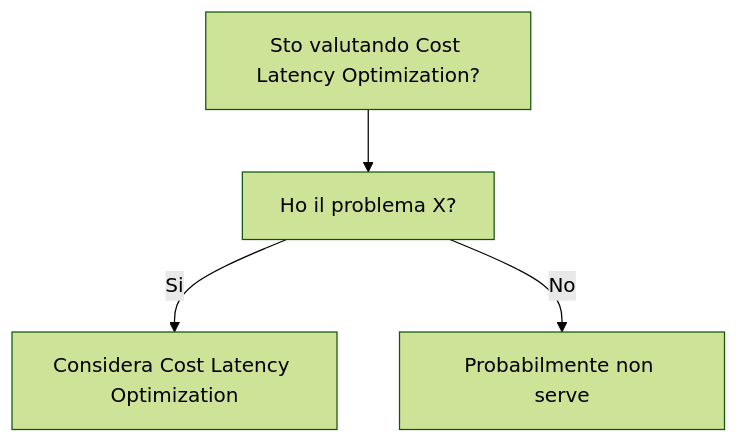
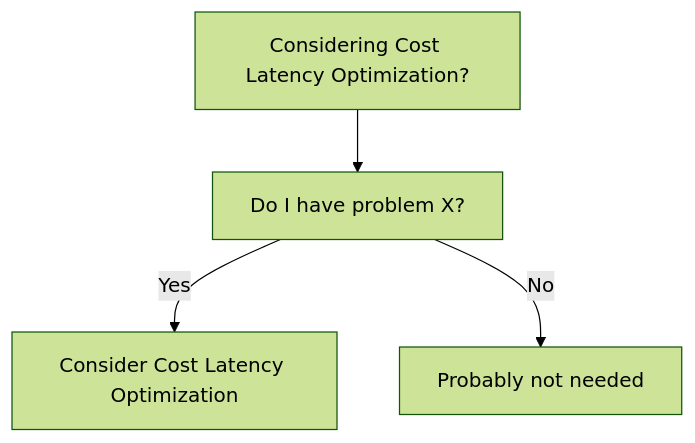
One commit to HxT9/Software-Dev-Wiki changed the diagram in dev-wiki/22_AI_ML_Integration/Cost_Latency_Optimization/When_To_Use.md. Above: the diagram before and after it, drawn with Mermaid (forest theme). The commit also changed other lines of this file and 3444 other files, not shown here.

````diff
--- a/dev-wiki/22_AI_ML_Integration/Cost_Latency_Optimization/When_To_Use.md
+++ b/dev-wiki/22_AI_ML_Integration/Cost_Latency_Optimization/When_To_Use.md
@@ -19,6 +19,6 @@
 ```mermaid
 flowchart TD
-  Q[Sto valutando Cost Latency Optimization?] --> Q1[Ho il problema X?]
-  Q1 -->|Si| OK[Considera Cost Latency Optimization]
-  Q1 -->|No| NO[Probabilmente non serve]
+  Q[Considering Cost Latency Optimization?] --> Q1[Do I have problem X?]
+  Q1 -->|Yes| OK[Consider Cost Latency Optimization]
+  Q1 -->|No| NO[Probably not needed]
 ```
````
